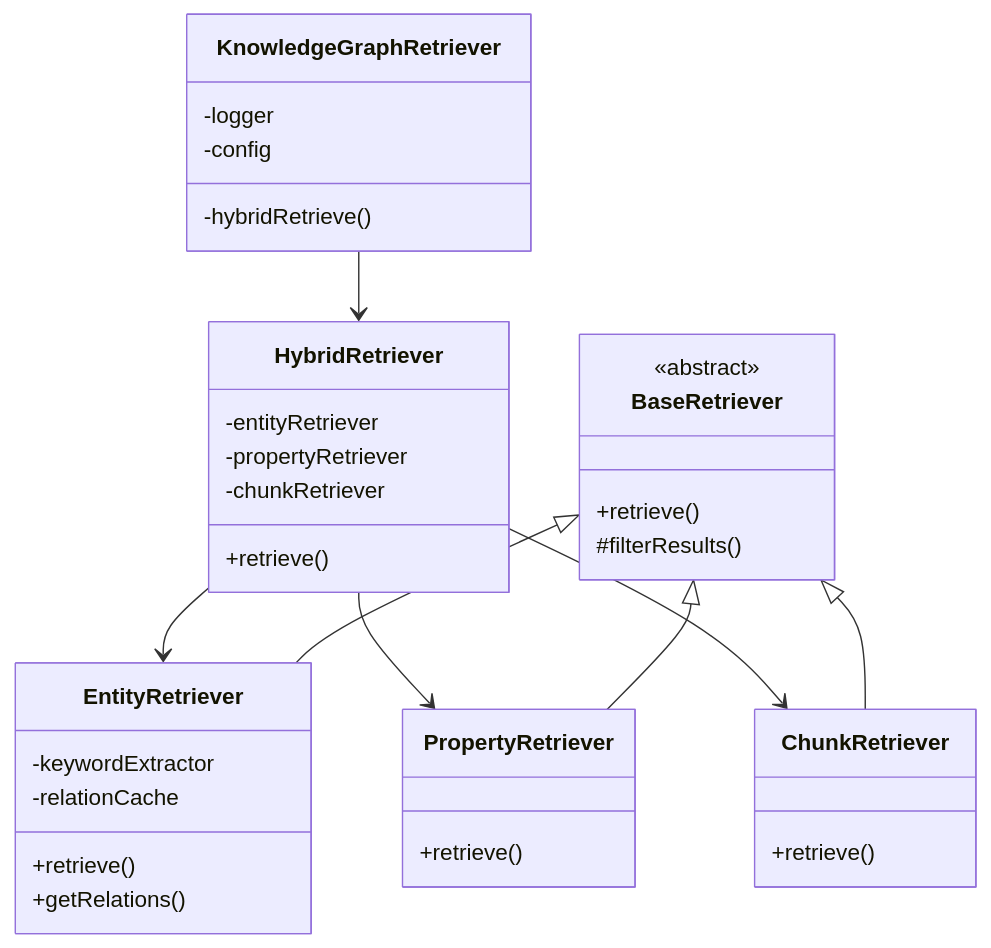
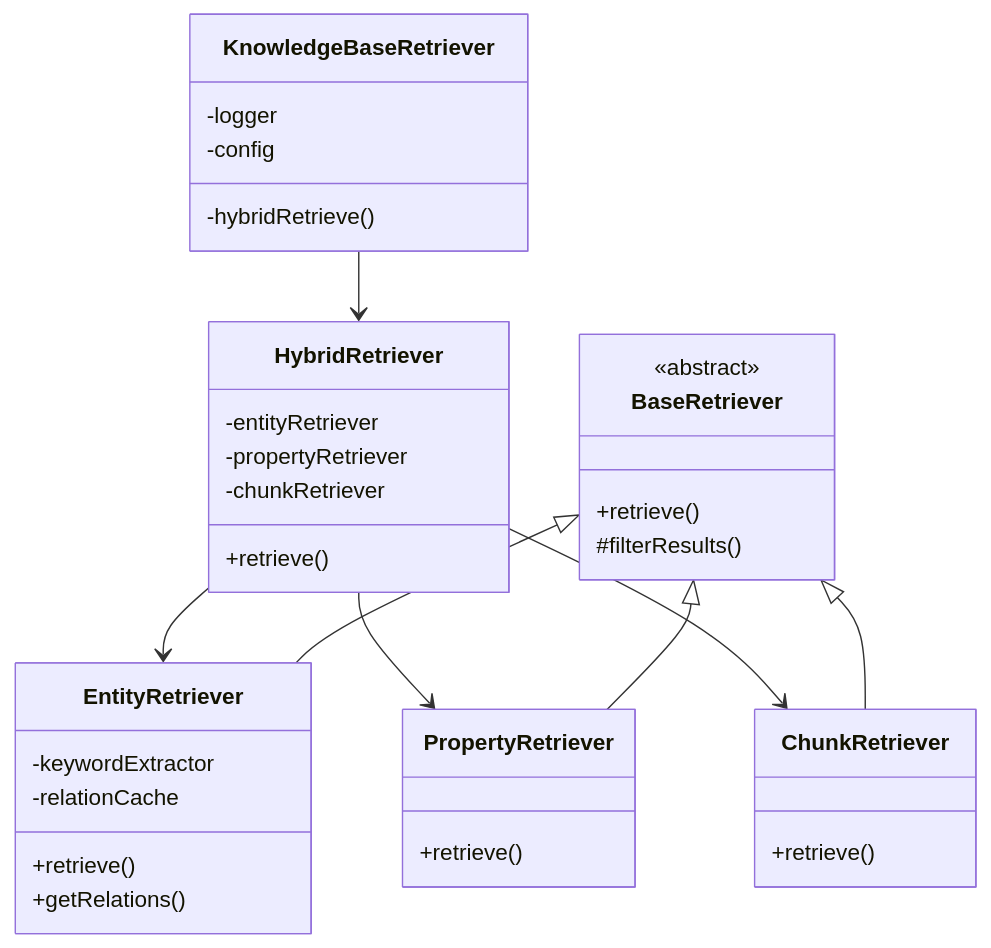
The diagram in docs/KnowledgeGraphRetriever_Refactoring_Plan.md (wjixiang/LinkRAG), drawn with Mermaid before and after one commit. The commit also changed other lines of this file and 32 other files, not shown here.

````diff
--- a/docs/KnowledgeGraphRetriever_Refactoring_Plan.md
+++ b/docs/KnowledgeGraphRetriever_Refactoring_Plan.md
@@ -21,44 +21,44 @@
 ```mermaid
 classDiagram
-    class KnowledgeGraphRetriever {
+    class KnowledgeBaseRetriever {
         -logger
         -config
         -hybridRetrieve()
     }
 
     class BaseRetriever {
         <<abstract>>
         +retrieve()
         #filterResults()
     }
 
     class EntityRetriever {
         -keywordExtractor
         -relationCache
         +retrieve()
         +getRelations()
     }
 
     class PropertyRetriever {
         +retrieve()
     }
 
     class ChunkRetriever {
         +retrieve()
     }
 
     class HybridRetriever {
         -entityRetriever
         -propertyRetriever
         -chunkRetriever
         +retrieve()
     }
 
-    KnowledgeGraphRetriever --> HybridRetriever
+    KnowledgeBaseRetriever --> HybridRetriever
     HybridRetriever --> EntityRetriever
     HybridRetriever --> PropertyRetriever
     HybridRetriever --> ChunkRetriever
     BaseRetriever <|-- EntityRetriever
     BaseRetriever <|-- PropertyRetriever
     BaseRetriever <|-- ChunkRetriever
 ```
````
